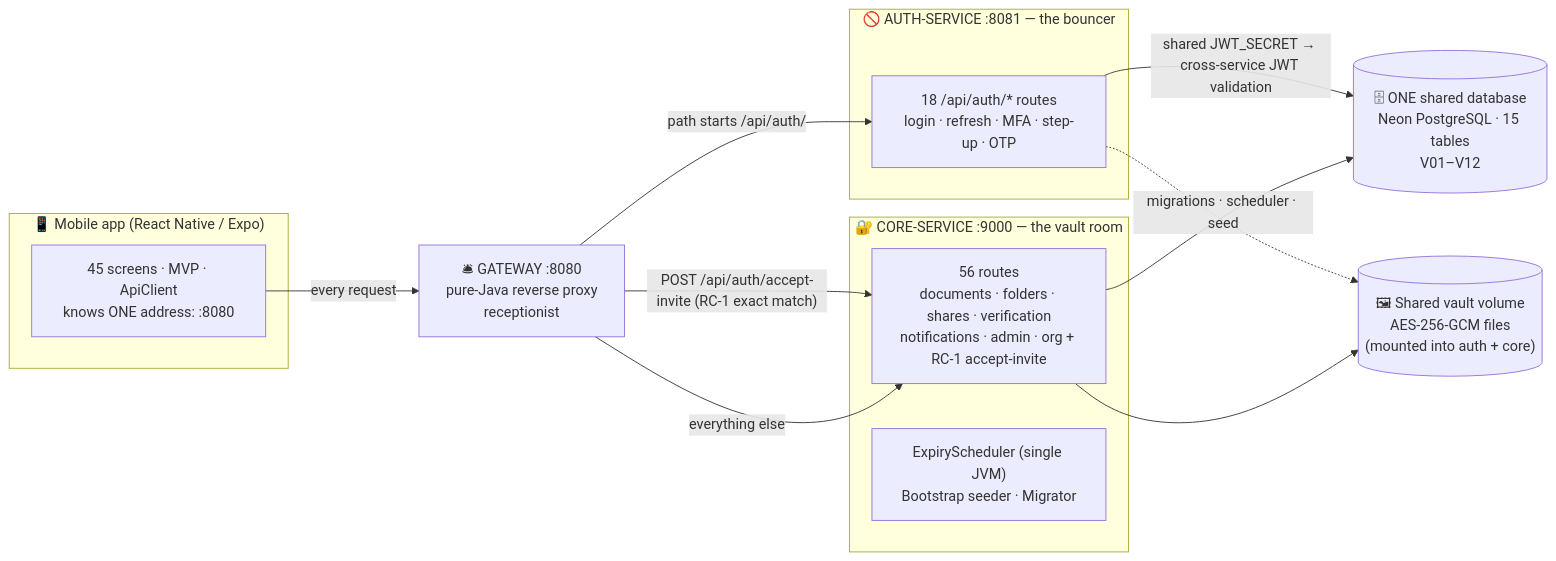
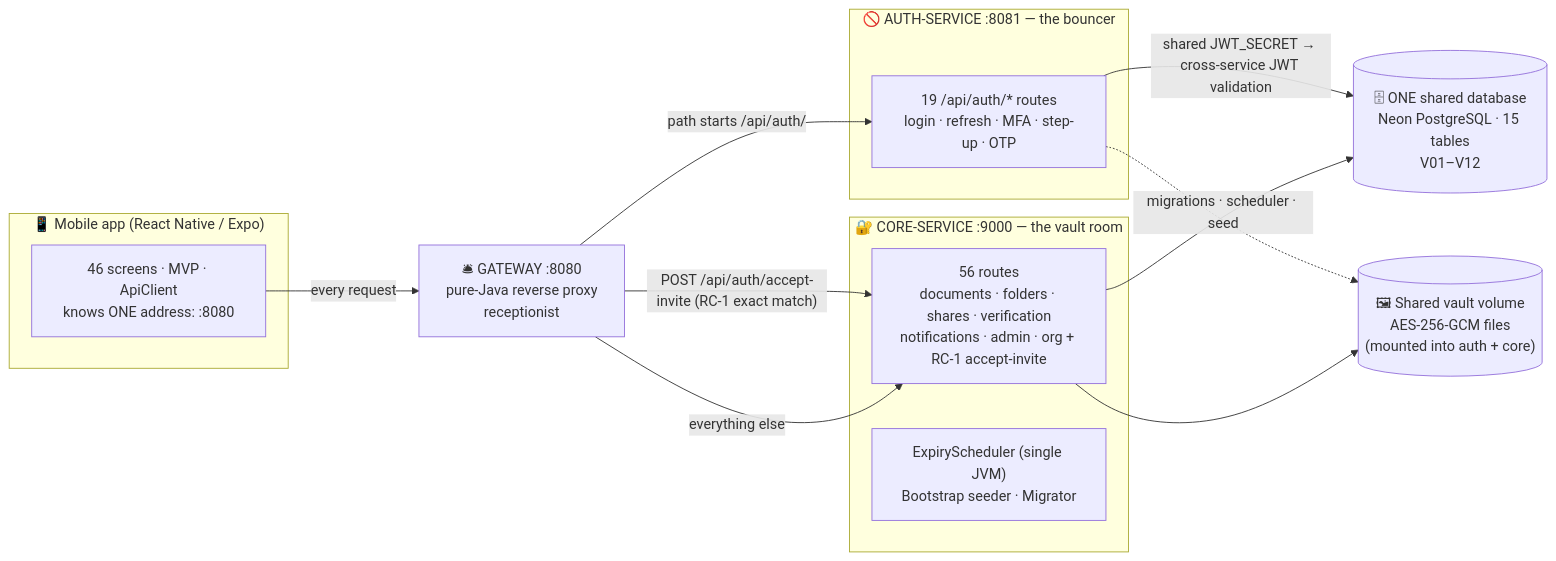
The diagram in DocuTrust/docs/ARCHITECTURE.md (Solouser-9/DocuTrust), drawn with Mermaid before and after one commit. The commit also changed other lines of this file and 29 other files, not shown here.

````diff
--- a/DocuTrust/docs/ARCHITECTURE.md
+++ b/DocuTrust/docs/ARCHITECTURE.md
@@ -3,29 +3,29 @@
 ```mermaid
 flowchart LR
     subgraph CLIENT["📱 Mobile app (React Native / Expo)"]
-        M["45 screens · MVP · ApiClient<br/>knows ONE address: :8080"]
+        M["46 screens · MVP · ApiClient<br/>knows ONE address: :8080"]
     end
 
     G["🛎 GATEWAY :8080<br/>pure-Java reverse proxy<br/>receptionist"]
 
     subgraph AUTH["🚫 AUTH-SERVICE :8081 — the bouncer"]
-        A["18 /api/auth/* routes<br/>login · refresh · MFA · step-up · OTP"]
+        A["19 /api/auth/* routes<br/>login · refresh · MFA · step-up · OTP"]
     end
 
     subgraph CORE["🔐 CORE-SERVICE :9000 — the vault room"]
         C["56 routes<br/>documents · folders · shares · verification<br/>notifications · admin · org + RC-1 accept-invite"]
         S["ExpiryScheduler (single JVM)<br/>Bootstrap seeder · Migrator"]
     end
 
     DB[("🗄 ONE shared database<br/>Neon PostgreSQL · 15 tables<br/>V01–V12")]
     V[("🖼 Shared vault volume<br/>AES-256-GCM files<br/>(mounted into auth + core)")]
 
     M -- "every request" --> G
     G -- "POST /api/auth/accept-invite (RC-1 exact match)" --> C
     G -- "path starts /api/auth/" --> A
     G -- "everything else" --> C
     A -- "shared JWT_SECRET → cross-service JWT validation" --> DB
     C -- "migrations · scheduler · seed" --> DB
     A -.-> V
     C --> V
 ```
````
